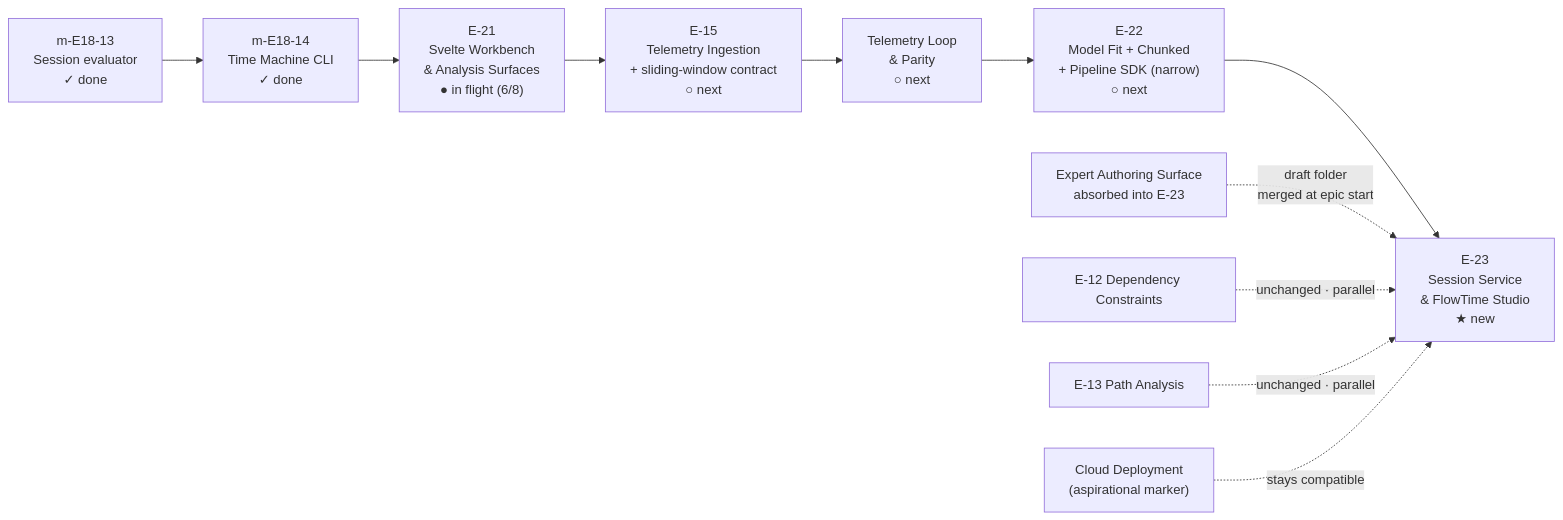
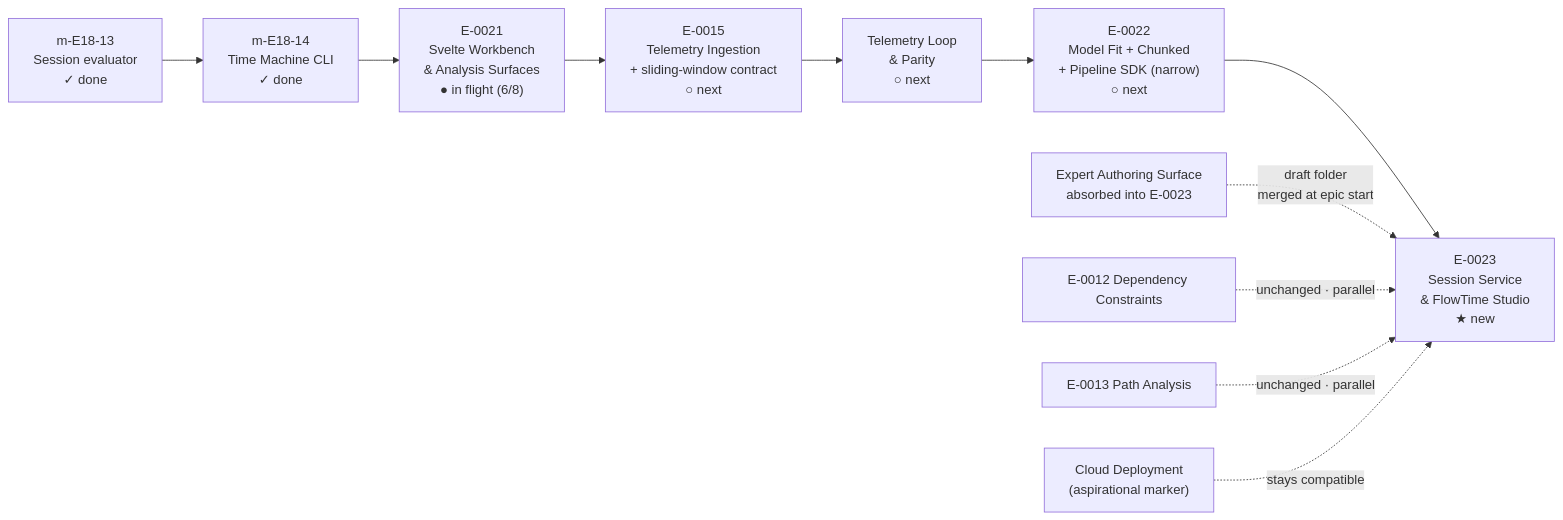
One commit to 23min/FlowTime changed the first of 2 diagrams in docs/research/flowtime-studio-roadmap-plan.md. Above: the diagram before and after it, drawn with Mermaid. The commit also changed other lines of this file and 99 other files, not shown here.

````diff
--- a/docs/research/flowtime-studio-roadmap-plan.md
+++ b/docs/research/flowtime-studio-roadmap-plan.md
@@ -48,22 +48,22 @@
 ```mermaid
 flowchart LR
     SESS["m-E18-13<br/>Session evaluator<br/>✓ done"]
     CLI["m-E18-14<br/>Time Machine CLI<br/>✓ done"]
-    E21["E-21<br/>Svelte Workbench<br/>&amp; Analysis Surfaces<br/>● in flight (6/8)"]
-    E15["E-15<br/>Telemetry Ingestion<br/>+ sliding-window contract<br/>○ next"]
+    E21["E-0021<br/>Svelte Workbench<br/>&amp; Analysis Surfaces<br/>● in flight (6/8)"]
+    E15["E-0015<br/>Telemetry Ingestion<br/>+ sliding-window contract<br/>○ next"]
     PARITY["Telemetry Loop<br/>&amp; Parity<br/>○ next"]
-    E22["E-22<br/>Model Fit + Chunked<br/>+ Pipeline SDK (narrow)<br/>○ next"]
-    E23["E-23<br/>Session Service<br/>&amp; FlowTime Studio<br/>★ new"]
-    ABSORB["Expert Authoring Surface<br/>absorbed into E-23"]
+    E22["E-0022<br/>Model Fit + Chunked<br/>+ Pipeline SDK (narrow)<br/>○ next"]
+    E23["E-0023<br/>Session Service<br/>&amp; FlowTime Studio<br/>★ new"]
+    ABSORB["Expert Authoring Surface<br/>absorbed into E-0023"]
 
     SESS --> CLI --> E21 --> E15 --> PARITY --> E22 --> E23
     ABSORB -.->|draft folder<br/>merged at epic start| E23
 
-    E12["E-12 Dependency Constraints"]
-    E13["E-13 Path Analysis"]
+    E12["E-0012 Dependency Constraints"]
+    E13["E-0013 Path Analysis"]
     CLOUD["Cloud Deployment<br/>(aspirational marker)"]
 
     E12 -.->|unchanged · parallel| E23
     E13 -.->|unchanged · parallel| E23
     CLOUD -.->|stays compatible| E23
 ```
````
